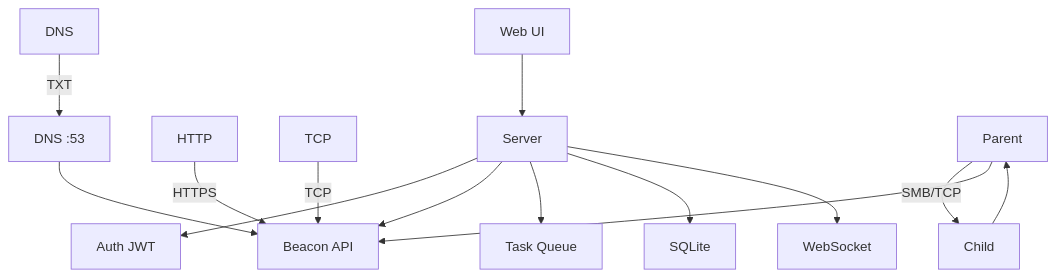
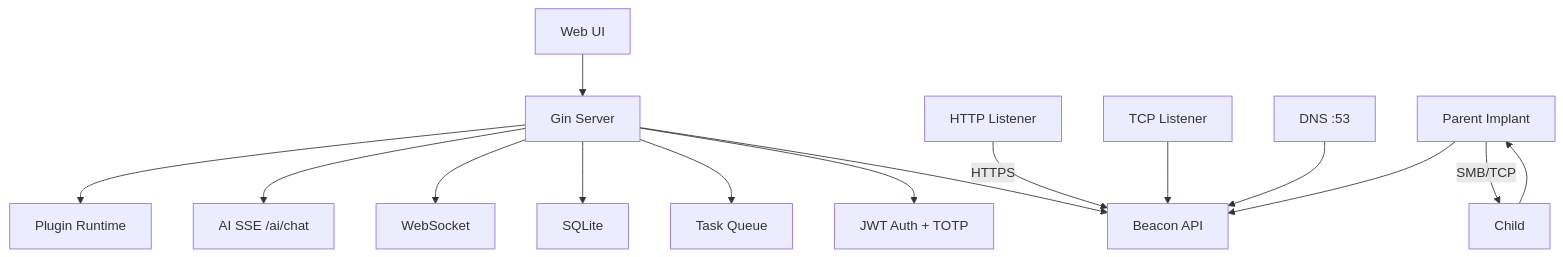
Before and after one commit to Ruka-afk/forgec2: the diagram in README.md, drawn with Mermaid. The commit also changed other lines of this file and 180 other files, not shown here.

````diff
--- a/README.md
+++ b/README.md
@@ -66,13 +180,15 @@
 ```mermaid
 graph TD
-    A[Web UI] --> B[Server]
-    B --> C[Auth JWT]
+    A[Web UI] --> B[Gin Server]
+    B --> C[JWT Auth + TOTP]
     B --> D[Beacon API]
     B --> E[Task Queue]
     B --> F[SQLite]
     B --> G[WebSocket]
-    H[HTTP] -->|HTTPS| D
-    I[TCP] -->|TCP| D
-    J[DNS] -->|TXT| K[DNS :53] --> D
-    L[Parent] -->|SMB/TCP| M[Child] --> L --> D
+    B --> H[AI SSE /ai/chat]
+    B --> I[Plugin Runtime]
+    J[HTTP Listener] -->|HTTPS| D
+    K[TCP Listener] --> D
+    L[DNS :53] --> D
+    M[Parent Implant] -->|SMB/TCP| N[Child] --> M --> D
 ```
````
